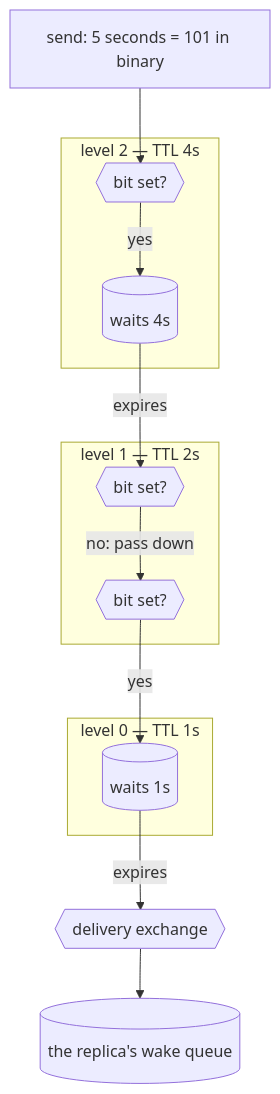
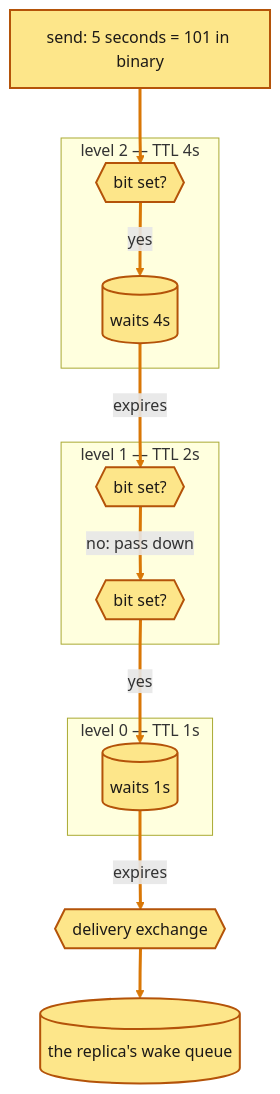
One commit to lsfera/circuit-breaker-unboxing changed the second of 2 diagrams in docs/rabbitmq-held-breaker.md. Above: the diagram before and after it, drawn with Mermaid. The commit also changed other lines of this file and 20 other files, not shown here.

````diff
--- a/docs/rabbitmq-held-breaker.md
+++ b/docs/rabbitmq-held-breaker.md
@@ -85,16 +94,19 @@
 ```mermaid
 flowchart TB
   send["send: 5 seconds = 101 in binary"] --> x2
   subgraph L2["level 2 — TTL 4s"]
     x2{{"bit set?"}} -->|yes| q2[("waits 4s")]
   end
   q2 -->|expires| x1
   subgraph L1["level 1 — TTL 2s"]
     x1{{"bit set?"}} -->|"no: pass down"| x0
   end
   subgraph L0["level 0 — TTL 1s"]
     x0{{"bit set?"}} -->|yes| q0[("waits 1s")]
   end
   q0 -->|expires| dx{{"delivery exchange"}}
   dx --> dest[("the replica's wake queue")]
+  classDef new fill:#fde68a,stroke:#b45309,stroke-width:2px,color:#1c1917
+  class send,x2,q2,x1,x0,q0,dx,dest new
+  linkStyle 0,1,2,3,4,5,6 stroke:#d97706,stroke-width:3px
 ```
````
